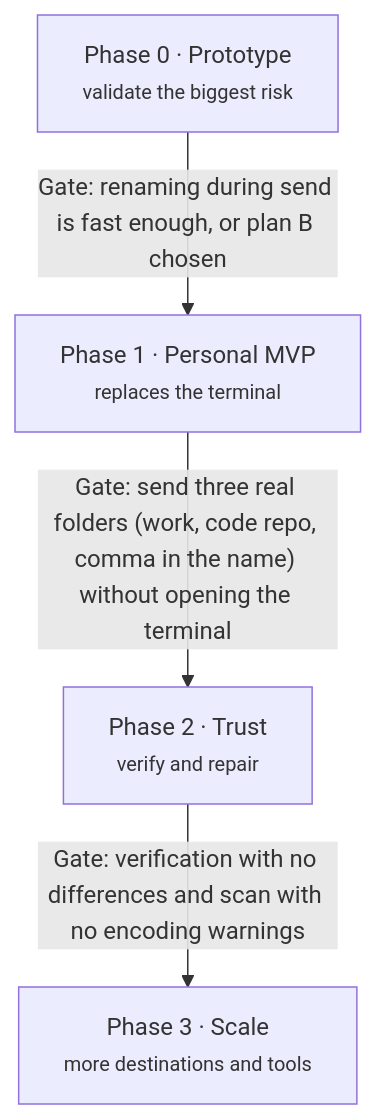
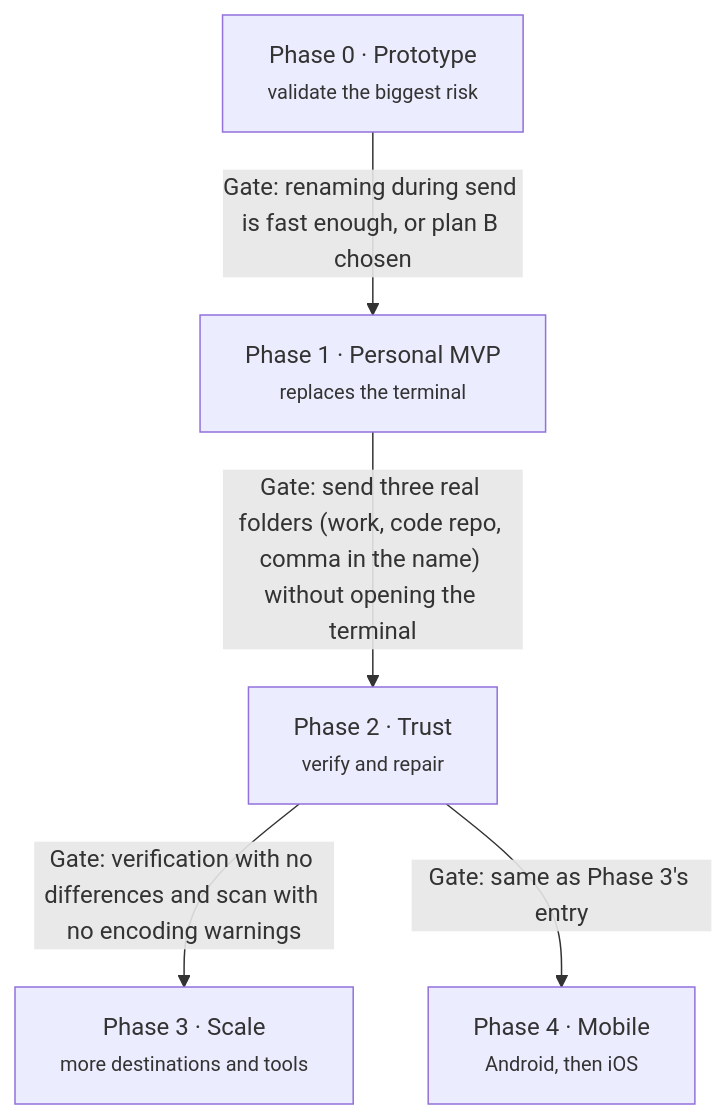
One commit to nevespvasco/filebridge changed the diagram in docs/09-roadmap.md. Above: the diagram before and after it, drawn with Mermaid. The commit also changed other lines of this file and 92 other files, not shown here.

````diff
--- a/docs/09-roadmap.md
+++ b/docs/09-roadmap.md
@@ -9,10 +9,12 @@
 ```mermaid
 flowchart TB
     P0["Phase 0 · Prototype<br/><small>validate the biggest risk</small>"]
     P1["Phase 1 · Personal MVP<br/><small>replaces the terminal</small>"]
     P2["Phase 2 · Trust<br/><small>verify and repair</small>"]
     P3["Phase 3 · Scale<br/><small>more destinations and tools</small>"]
+    P4["Phase 4 · Mobile<br/><small>Android, then iOS</small>"]
     P0 -- "Gate: renaming during send is fast enough, or plan B chosen" --> P1
     P1 -- "Gate: send three real folders (work, code repo, comma in the name) without opening the terminal" --> P2
     P2 -- "Gate: verification with no differences and scan with no encoding warnings" --> P3
+    P2 -- "Gate: same as Phase 3's entry" --> P4
 ```
````
